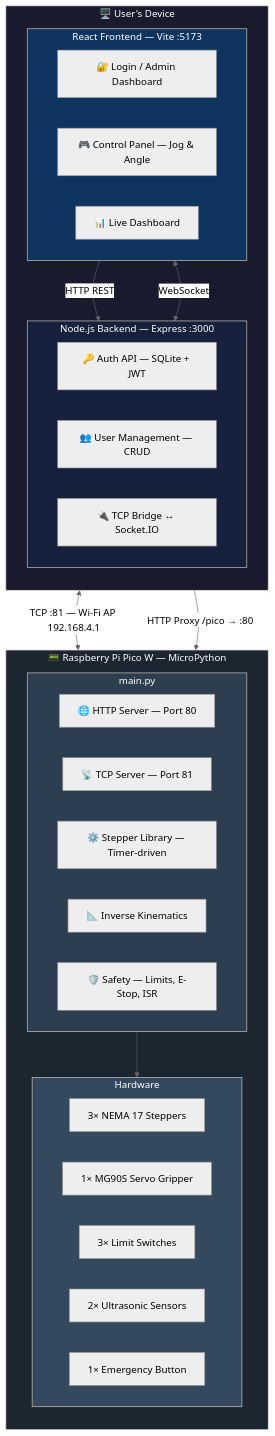
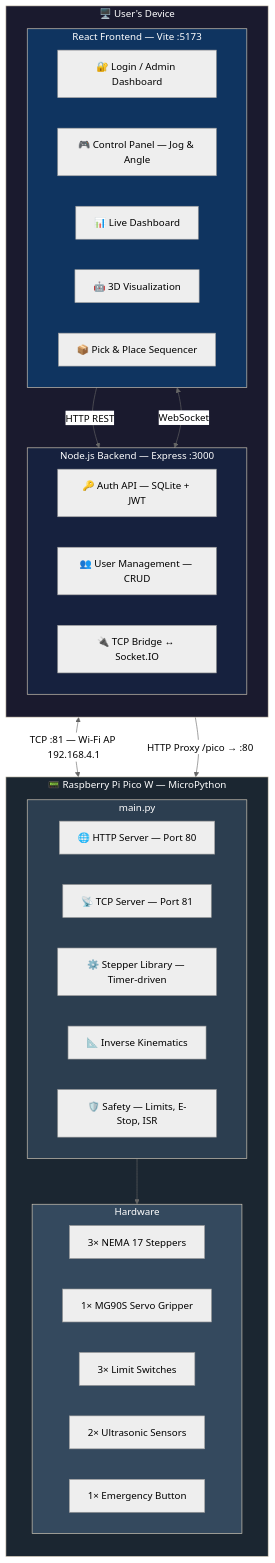
The diagram in README.md (ShyamHirpara/Robotic-Arm), drawn with Mermaid (neutral theme) before and after one commit. The commit also changed other lines of this file, not shown here.

````diff
--- a/README.md
+++ b/README.md
@@ -9,47 +9,49 @@
 ```mermaid
 flowchart TB
     subgraph USER["🖥️ User's Device"]
         direction TB
         subgraph FE["React Frontend — Vite :5173"]
             FE1["🔐 Login / Admin Dashboard"]
             FE2["🎮 Control Panel — Jog & Angle"]
             FE3["📊 Live Dashboard"]
+            FE4["🤖 3D Visualization"]
+            FE5["📦 Pick & Place Sequencer"]
         end
         subgraph BE["Node.js Backend — Express :3000"]
             BE1["🔑 Auth API — SQLite + JWT"]
             BE2["👥 User Management — CRUD"]
             BE3["🔌 TCP Bridge ↔ Socket.IO"]
         end
         FE -->|HTTP REST| BE
         FE <-->|WebSocket| BE
     end
 
     subgraph PICO["📟 Raspberry Pi Pico W — MicroPython"]
         direction TB
         subgraph FW["main.py"]
             P1["🌐 HTTP Server — Port 80"]
             P2["📡 TCP Server — Port 81"]
             P3["⚙️ Stepper Library — Timer-driven"]
             P4["📐 Inverse Kinematics"]
             P5["🛡️ Safety — Limits, E-Stop, ISR"]
         end
         subgraph HW["Hardware"]
             H1["3× NEMA 17 Steppers"]
             H2["1× MG90S Servo Gripper"]
             H3["3× Limit Switches"]
             H4["2× Ultrasonic Sensors"]
             H5["1× Emergency Button"]
         end
         FW --> HW
     end
 
     BE <-->|"TCP :81 — Wi-Fi AP 192.168.4.1"| PICO
     FE -->|"HTTP Proxy /pico → :80"| PICO
 
     style USER fill:#1a1a2e,stroke:#e0d5c1,color:#fff
     style FE fill:#0f3460,stroke:#e0d5c1,color:#fff
     style BE fill:#16213e,stroke:#e0d5c1,color:#fff
     style PICO fill:#1b2631,stroke:#e0d5c1,color:#fff
     style FW fill:#2c3e50,stroke:#e0d5c1,color:#fff
     style HW fill:#34495e,stroke:#e0d5c1,color:#fff
 ```
````
